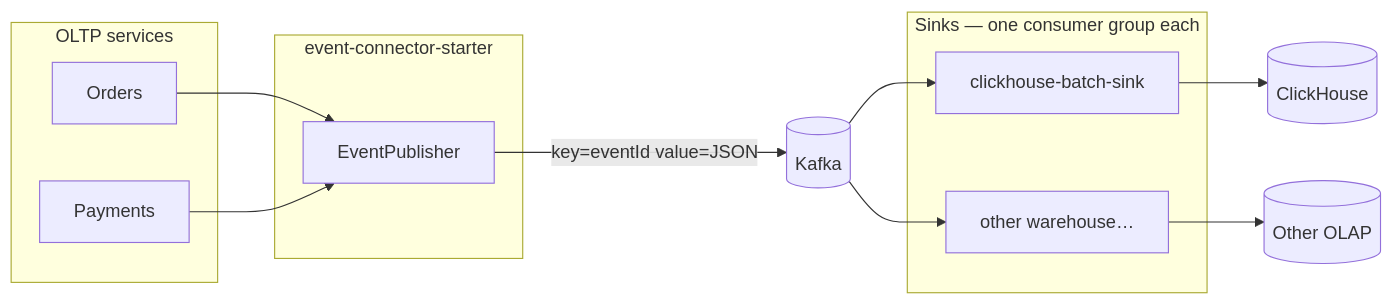
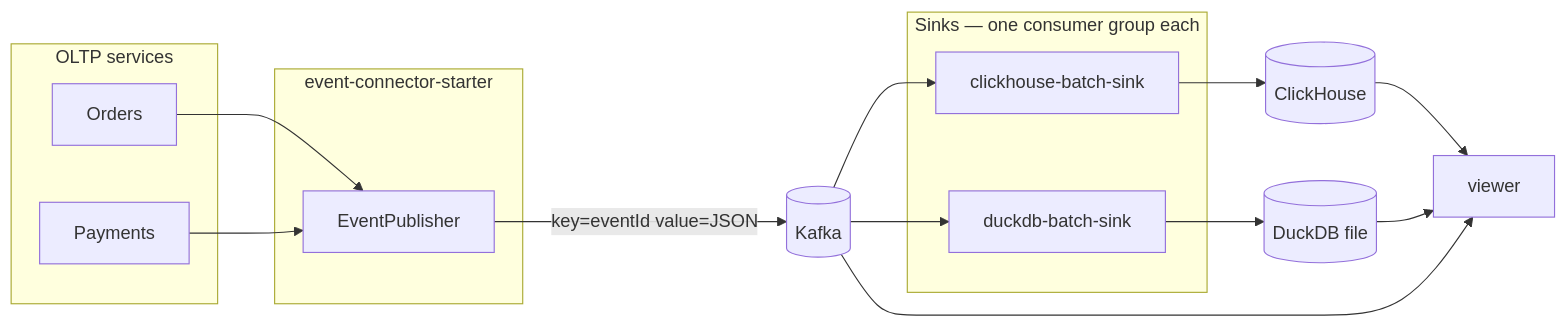
One commit to AnaSyLabs/AnaSy changed the first of 4 diagrams in docs/hld.md. Above: the diagram before and after it, drawn with Mermaid. The commit also changed other lines of this file and 54 other files, not shown here.

First line of the commit message:
Add DuckDB sink and enhance project documentation

````diff
--- a/docs/hld.md
+++ b/docs/hld.md
@@ -15,29 +15,33 @@
 ```mermaid
 flowchart LR
   subgraph oltp [OLTP services]
     Orders
     Payments
   end
 
   subgraph starter ["event-connector-starter"]
     EP[EventPublisher]
   end
 
   Kafka[(Kafka)]
 
   subgraph sinks [Sinks — one consumer group each]
     CH[clickhouse-batch-sink]
-    Other[other warehouse…]
+    DD[duckdb-batch-sink]
   end
 
   CHDB[(ClickHouse)]
-  OtherDB[(Other OLAP)]
+  DDB[(DuckDB file)]
+  Viewer[viewer]
 
   Orders --> EP
   Payments --> EP
   EP -->|key=eventId value=JSON| Kafka
   Kafka --> CH
-  Kafka --> Other
+  Kafka --> DD
   CH --> CHDB
-  Other --> OtherDB
+  DD --> DDB
+  CHDB --> Viewer
+  DDB --> Viewer
+  Kafka --> Viewer
 ```
````
